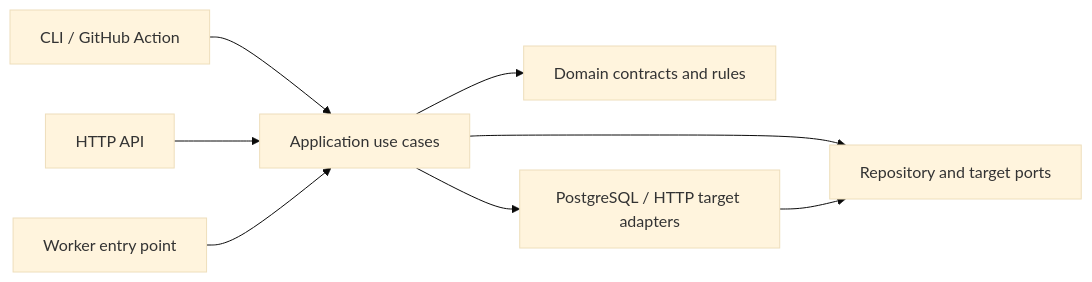
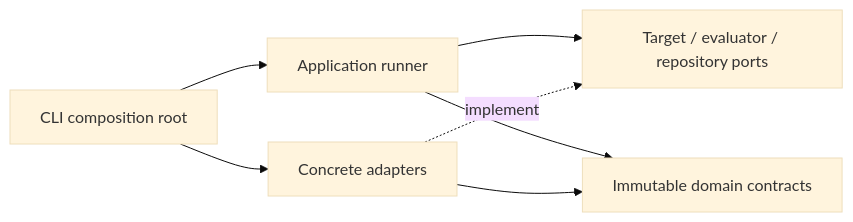
The first of 2 diagrams in docs/architecture.md (idevelopAI/llm-eval-control-plane), drawn with Mermaid (base theme) before and after one commit. The commit also changed other lines of this file and 6 other files, not shown here.

````diff
--- a/docs/architecture.md
+++ b/docs/architecture.md
@@ -15,10 +19,9 @@
 ```mermaid
 flowchart LR
-    CLI["CLI / GitHub Action"] --> APP["Application use cases"]
-    API["HTTP API"] --> APP
-    WORKER["Worker entry point"] --> APP
-    APP --> DOMAIN["Domain contracts and rules"]
-    APP --> PORTS["Repository and target ports"]
-    ADAPTERS["PostgreSQL / HTTP target adapters"] --> PORTS
-    APP --> ADAPTERS
+    CLI["CLI composition root"] --> RUNNER["Application runner"]
+    CLI --> ADAPTERS["Concrete adapters"]
+    RUNNER --> PORTS["Target / evaluator / repository ports"]
+    RUNNER --> DOMAIN["Immutable domain contracts"]
+    ADAPTERS -. implement .-> PORTS
+    ADAPTERS --> DOMAIN
 ```
````
